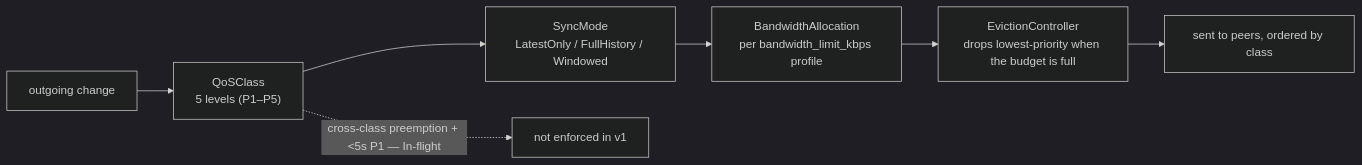
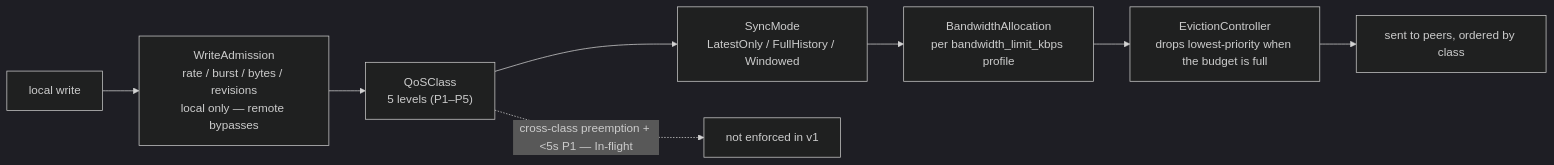
One commit to parleylabs/peat-learning changed the third of 3 diagrams in 08-running-and-operating.md. Above: the diagram before and after it, drawn with Mermaid (dark theme). The commit also changed other lines of this file and 19 other files, not shown here.

````diff
--- a/08-running-and-operating.md
+++ b/08-running-and-operating.md
@@ -337,9 +396,10 @@
 ```mermaid
 flowchart LR
-  ch["outgoing change"] --> cls["QoSClass<br/>5 levels (P1–P5)"]
+  ch["local write"] --> wa["WriteAdmission<br/>rate / burst / bytes / revisions<br/>local only — remote bypasses"]
+  wa --> cls["QoSClass<br/>5 levels (P1–P5)"]
   cls --> sm["SyncMode<br/>LatestOnly / FullHistory / Windowed"]
   sm --> ba["BandwidthAllocation<br/>per bandwidth_limit_kbps profile"]
   ba --> ec["EvictionController<br/>drops lowest-priority when the budget is full"]
   ec --> outp["sent to peers, ordered by class"]
   cls -. "cross-class preemption + <5s P1 — In-flight" .-> gap["not enforced in v1"]
 ```
````
